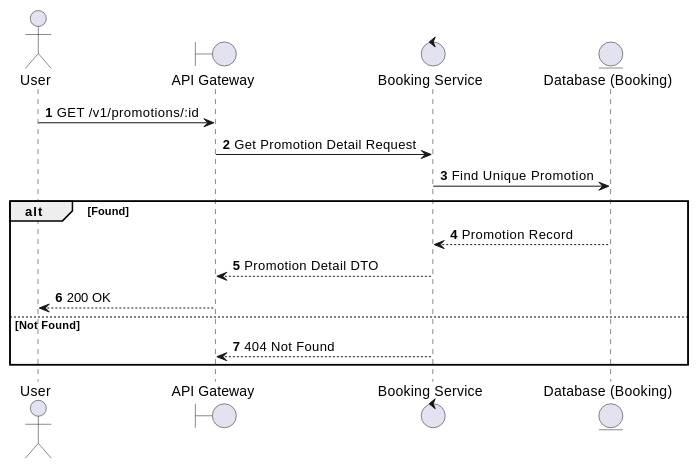
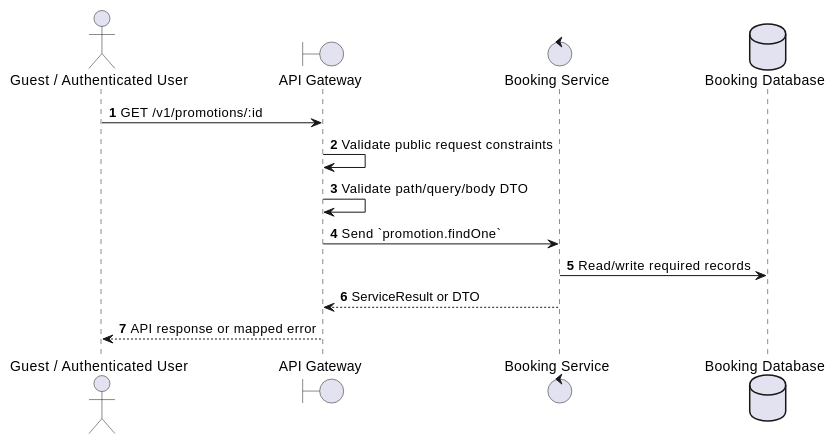
Before and after one commit to Tanh1603/movie-hub-architecture: the first of 2 diagrams in docs/functional_specs/3.10_Promotions_Discounts_Module/PM-02_Get_Promotion_Details.md, drawn with PlantUML. The commit also changed other lines of this file and 126 other files, not shown here.

````diff
--- a/docs/functional_specs/3.10_Promotions_Discounts_Module/PM-02_Get_Promotion_Details.md
+++ b/docs/functional_specs/3.10_Promotions_Discounts_Module/PM-02_Get_Promotion_Details.md
@@ -17,20 +17,17 @@
 ```plantuml
 @startuml
 autonumber
-actor User
+actor "Guest / Authenticated User" as Actor
 boundary "API Gateway" as GW
-control "Booking Service" as BS
-entity "Database (Booking)" as DB
+control "Booking Service" as SVC
+database "Booking Database" as DB
 
-User -> GW: GET /v1/promotions/:id
-GW -> BS: Get Promotion Detail Request
-BS -> DB: Find Unique Promotion
-alt Found
-    DB --> BS: Promotion Record
-    BS --> GW: Promotion Detail DTO
-    GW --> User: 200 OK
-else Not Found
-    BS --> GW: 404 Not Found
-end
+Actor -> GW: GET /v1/promotions/:id
+GW -> GW: Validate public request constraints
+GW -> GW: Validate path/query/body DTO
+GW -> SVC: Send `promotion.findOne`
+SVC -> DB: Read/write required records
+SVC --> GW: ServiceResult or DTO
+GW --> Actor: API response or mapped error
 @enduml
 ```
````
